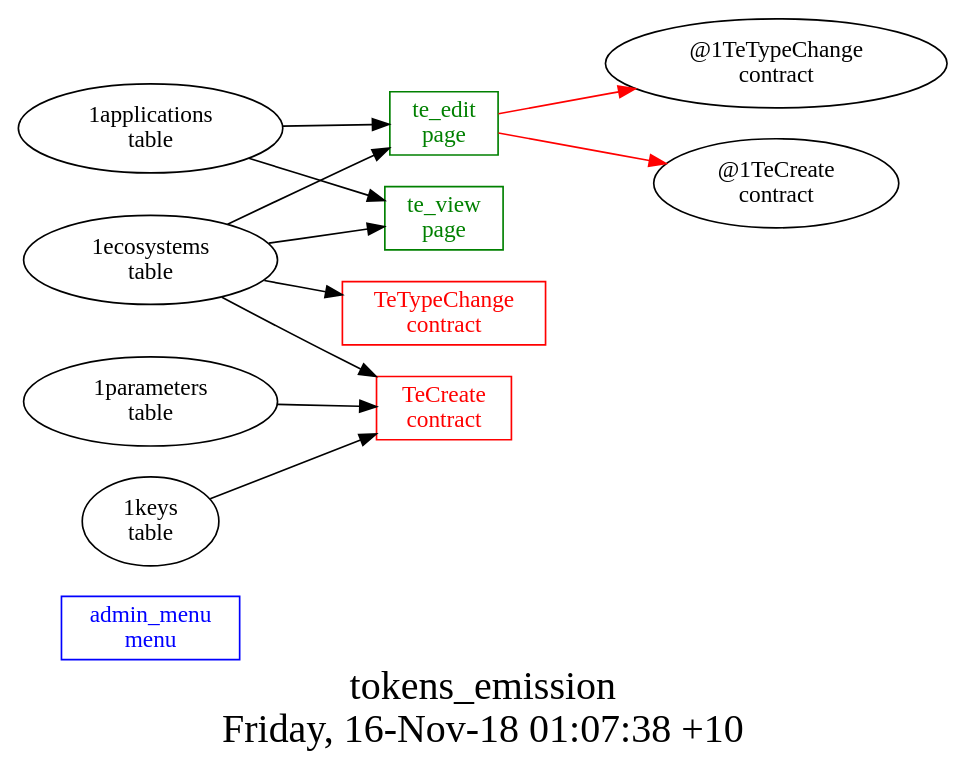
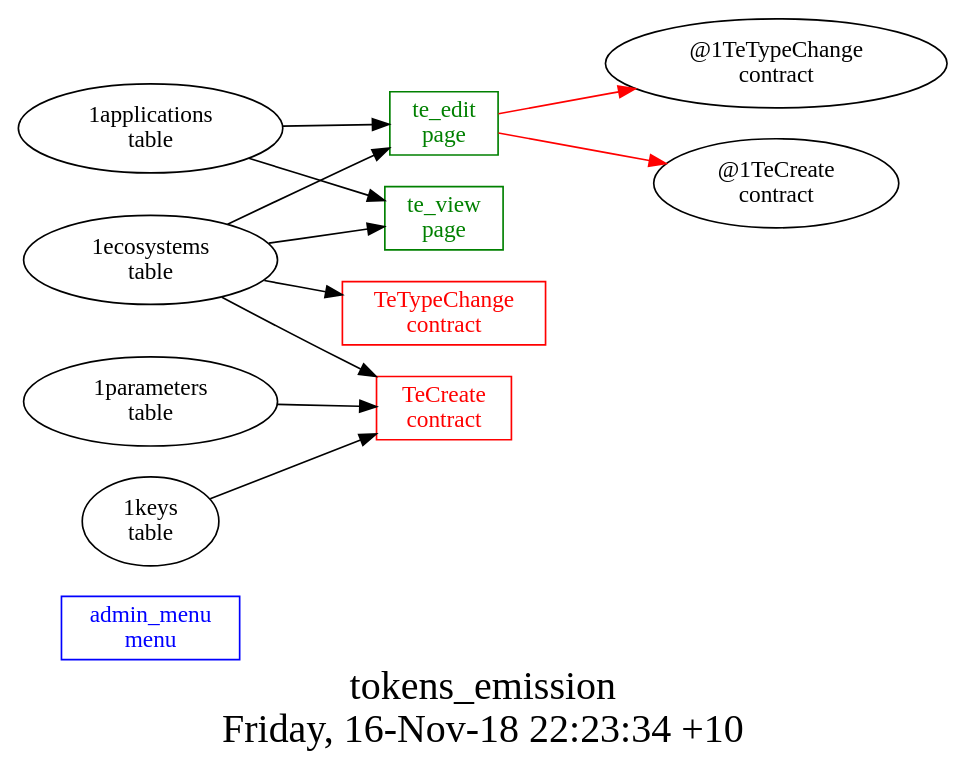
Before and after one commit to AplaProject/apps: the diagram in other/tokens_emission/struct.dot, drawn with Graphviz. The commit also changed 10 other files, not shown here.

```diff
--- a/other/tokens_emission/struct.dot
+++ b/other/tokens_emission/struct.dot
@@ -1,23 +1,23 @@
 digraph G {
 fontsize="24";
-label="tokens_emission\nFriday, 16-Nov-18 01:07:38 +10";
+label="tokens_emission\nFriday, 16-Nov-18 22:23:34 +10";
 nojustify=true;
 ordering=out;
 rankdir=LR;
 size="30";
 "admin_menu\nmenu" [color=blue, fontcolor=blue, group=menus, shape=record];
 "te_edit\npage" -> "@1TeTypeChange\ncontract"  [ color=red ]
 "te_edit\npage" -> "@1TeCreate\ncontract"  [ color=red ]
 "1applications\ntable" -> "te_edit\npage"
 "1ecosystems\ntable" -> "te_edit\npage"
 "te_edit\npage" [color=green, fontcolor=green, group=pages, shape=record];
 "1applications\ntable" -> "te_view\npage"
 "1ecosystems\ntable" -> "te_view\npage"
 "te_view\npage" [color=green, fontcolor=green, group=pages, shape=record];
 "1parameters\ntable" -> "TeCreate\ncontract"
 "1ecosystems\ntable" -> "TeCreate\ncontract"
 "1keys\ntable" -> "TeCreate\ncontract"
 "TeCreate\ncontract" [color=red, fontcolor=red, group=contracts, shape=record];
 "1ecosystems\ntable" -> "TeTypeChange\ncontract"
 "TeTypeChange\ncontract" [color=red, fontcolor=red, group=contracts, shape=record];
 }
```
